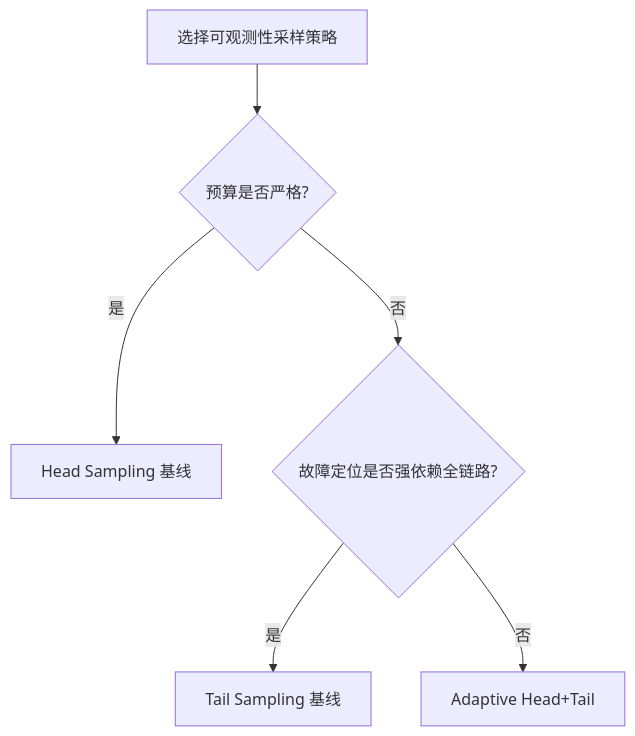
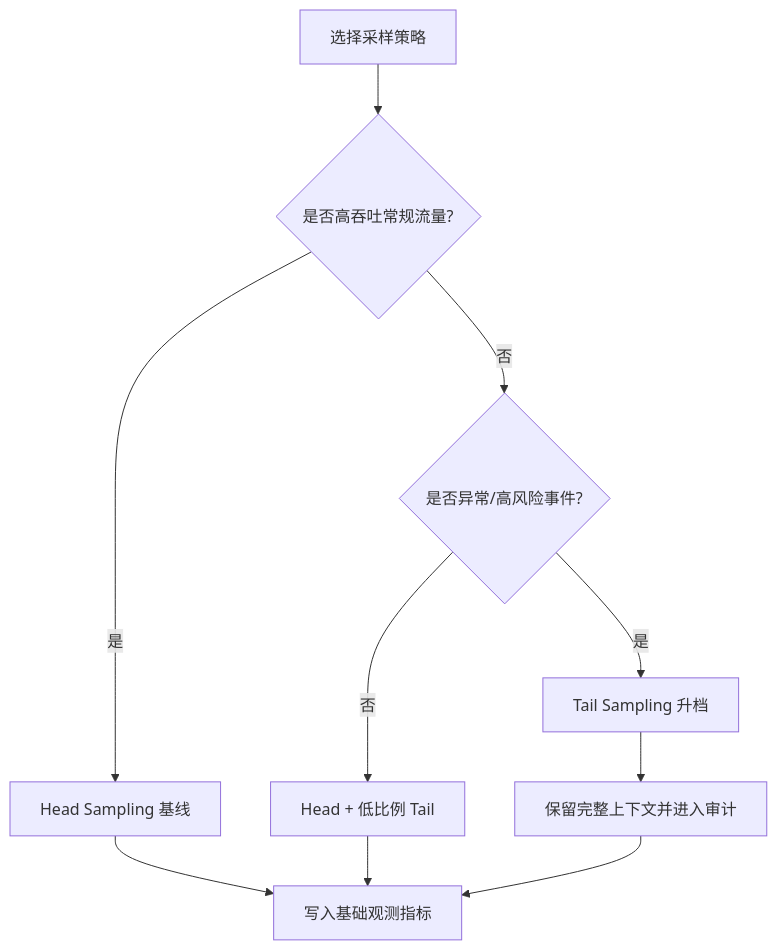
The first of 3 diagrams in workshops/azure-agent-infra/agent-observability-sampling-selection-faq.md (turbo998/ai-infra-lab), drawn with Mermaid before and after one commit. The commit also changed other lines of this file and 29 other files, not shown here.

````diff
--- a/workshops/azure-agent-infra/agent-observability-sampling-selection-faq.md
+++ b/workshops/azure-agent-infra/agent-observability-sampling-selection-faq.md
@@ -33,8 +30,12 @@
 ```mermaid
 flowchart TD
-  A[选择可观测性采样策略] --> B{预算是否严格?}
+  A[选择采样策略] --> B{是否高吞吐常规流量?}
   B -->|是| C[Head Sampling 基线]
-  B -->|否| D{故障定位是否强依赖全链路?}
-  D -->|是| E[Tail Sampling 基线]
-  D -->|否| F[Adaptive Head+Tail]
+  B -->|否| D{是否异常/高风险事件?}
+  D -->|是| E[Tail Sampling 升档]
+  D -->|否| F[Head + 低比例 Tail]
+  E --> G[保留完整上下文并进入审计]
+  C --> H[写入基础观测指标]
+  F --> H
+  G --> H
 ```
````
